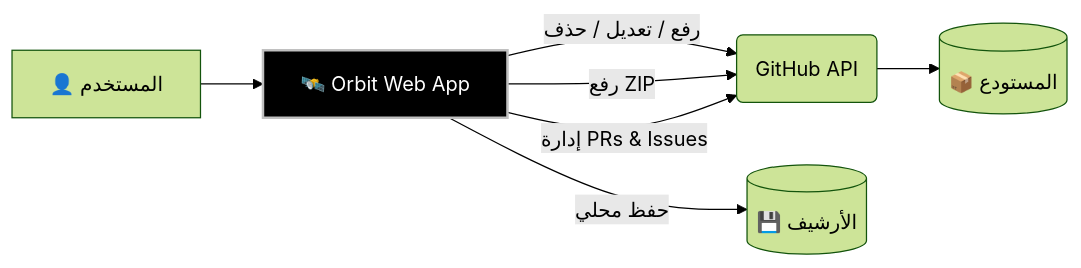
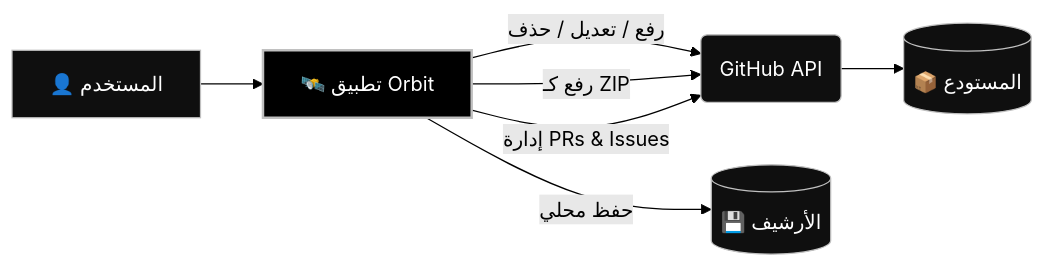
One commit to T7-T7/BOT-STEAM changed the diagram in Orbit/README.md. Above: the diagram before and after it, drawn with Mermaid (forest theme). The commit also changed other lines of this file, not shown here.

````diff
--- a/Orbit/README.md
+++ b/Orbit/README.md
@@ -62,11 +189,15 @@
 ```mermaid
 graph LR
-    A[👤 المستخدم] --> B[🛰️ Orbit Web App]
+    A[👤 المستخدم] --> B[🛰️ تطبيق Orbit]
     B -->|رفع / تعديل / حذف| C(GitHub API)
-    B -->|رفع ZIP| C
+    B -->|رفع كـ ZIP| C
     B -->|إدارة PRs & Issues| C
     C --> D[(📦 المستودع)]
     B -->|حفظ محلي| E[(💾 الأرشيف)]
     
     style B fill:#000000,stroke:#c0c0c0,stroke-width:2px,color:#ffffff
+    style A fill:#0f0f0f,stroke:#c0c0c0,color:#ffffff
+    style C fill:#0f0f0f,stroke:#c0c0c0,color:#ffffff
+    style D fill:#0f0f0f,stroke:#c0c0c0,color:#ffffff
+    style E fill:#0f0f0f,stroke:#c0c0c0,color:#ffffff
 ```
````
